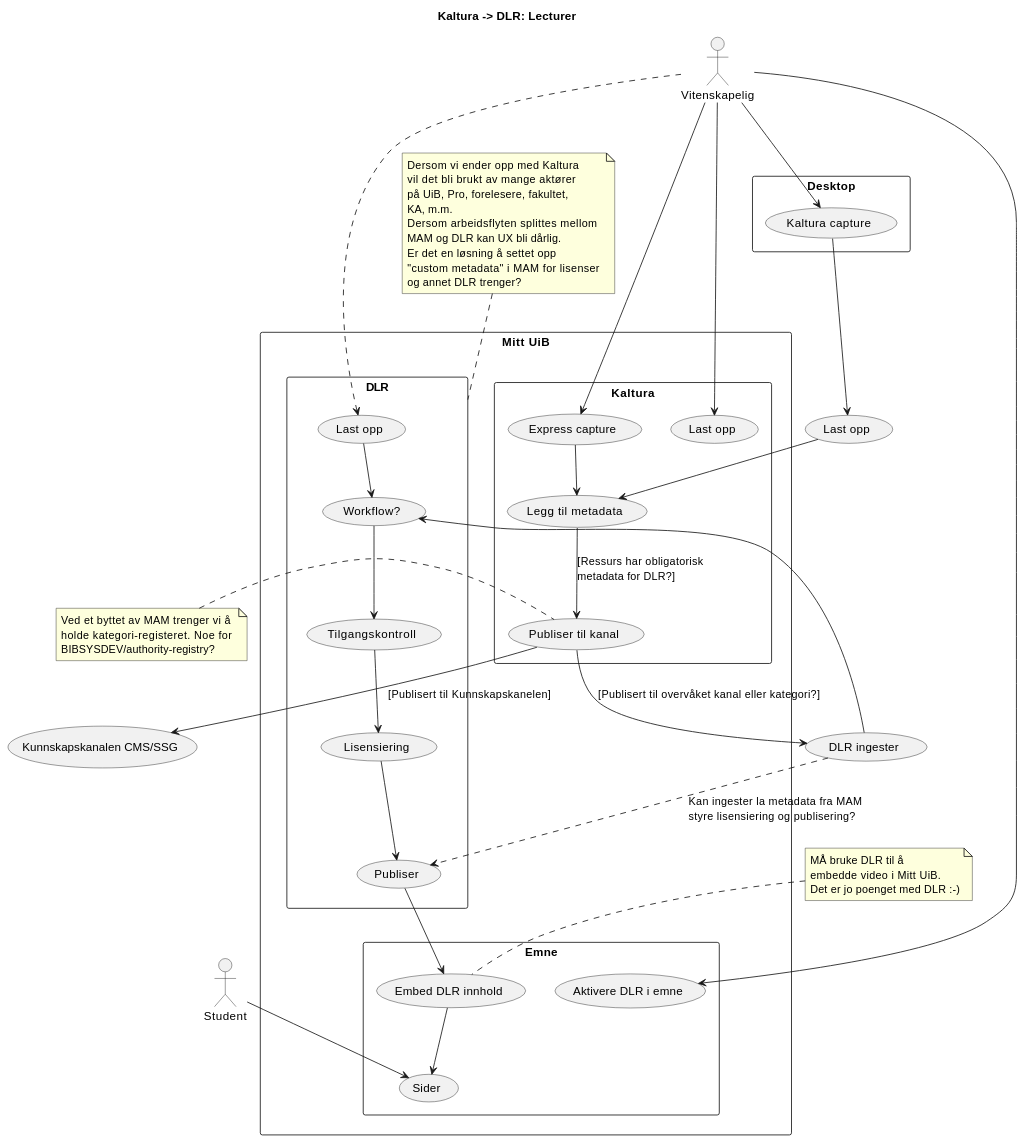
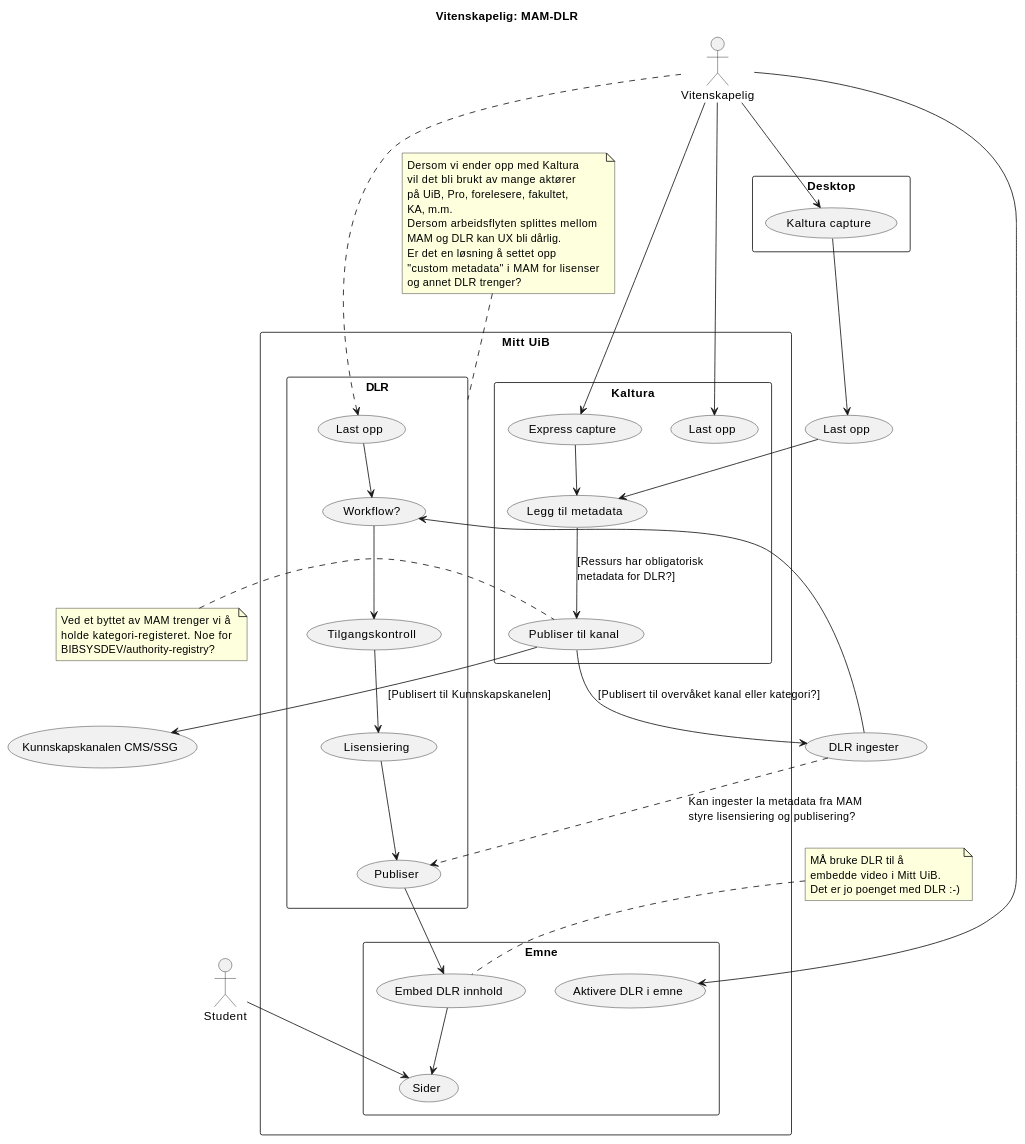
The diagram in src/docs/academic.md (tarjelavik/mam-dlr-architecture), drawn with PlantUML before and after one commit. The commit also changed 11 other files, not shown here.

````diff
--- a/src/docs/academic.md
+++ b/src/docs/academic.md
@@ -6,7 +6,7 @@
 ```plantuml 
 @startuml
 
-title Kaltura -> DLR: Lecturer
+title Vitenskapelig: MAM-DLR
 
 rectangle Desktop {
     (Kaltura capture)
````
